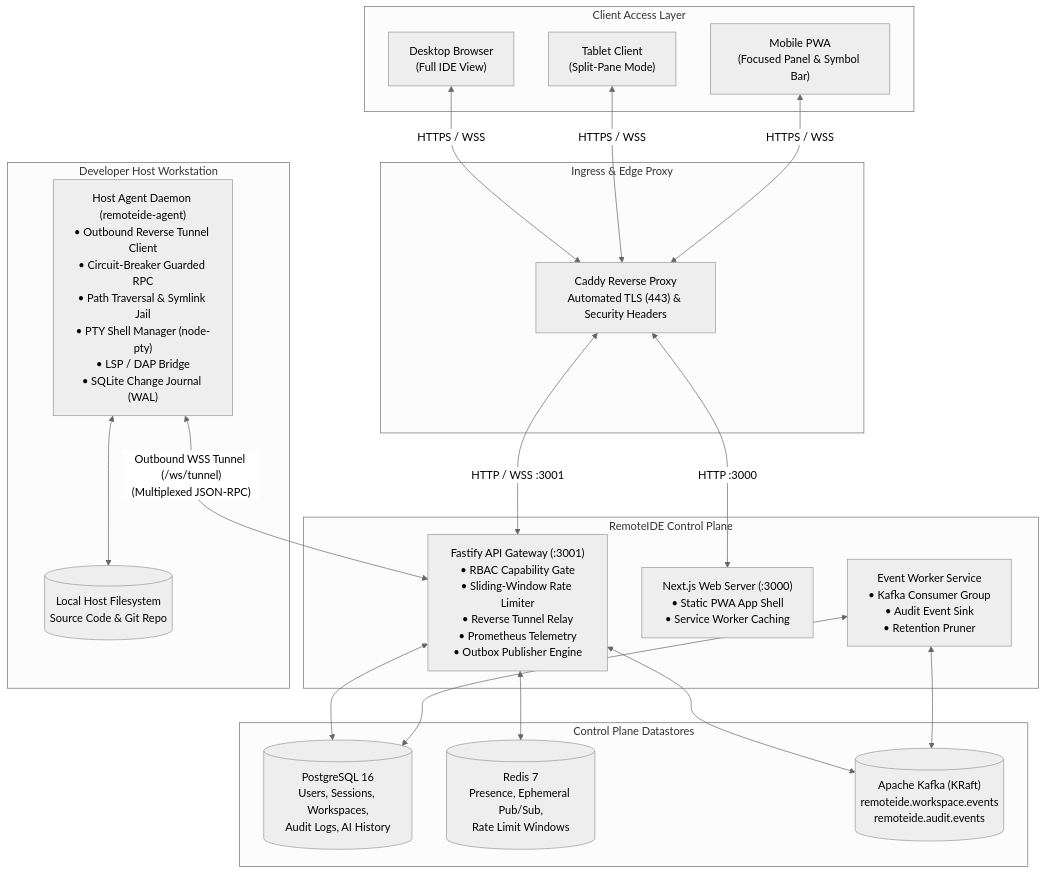
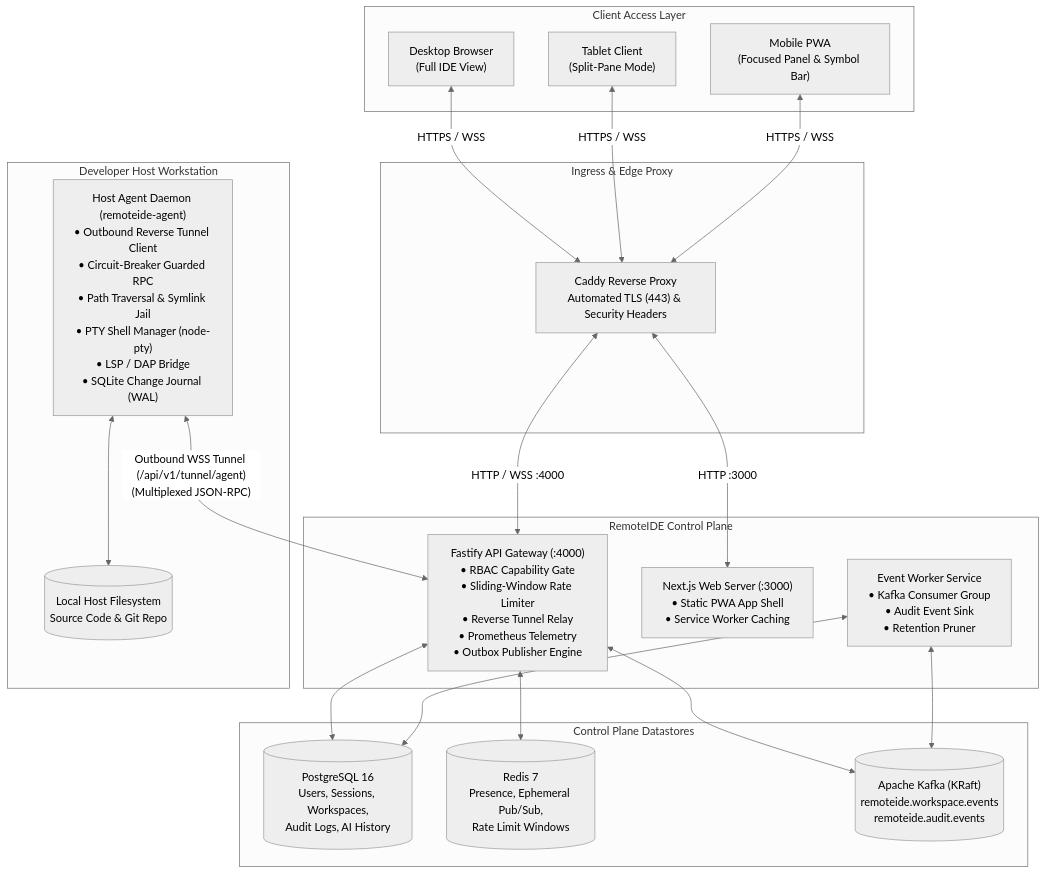
Before and after one commit to whilstsomebody/RemoteIDE: the first of 6 diagrams in README.md, drawn with Mermaid (neutral theme). The commit also changed other lines of this file, not shown here.

````diff
--- a/README.md
+++ b/README.md
@@ -229,37 +231,37 @@
 ```mermaid
 flowchart TB
     subgraph Clients["Client Access Layer"]
         Desk["Desktop Browser\n(Full IDE View)"]
         Tab["Tablet Client\n(Split-Pane Mode)"]
         Phone["Mobile PWA\n(Focused Panel & Symbol Bar)"]
     end
 
     subgraph Edge["Ingress & Edge Proxy"]
         Caddy["Caddy Reverse Proxy\nAutomated TLS (443) & Security Headers"]
     end
 
     subgraph ControlPlane["RemoteIDE Control Plane"]
-        Gateway["Fastify API Gateway (:3001)\n• RBAC Capability Gate\n• Sliding-Window Rate Limiter\n• Reverse Tunnel Relay\n• Prometheus Telemetry\n• Outbox Publisher Engine"]
+        Gateway["Fastify API Gateway (:4000)\n• RBAC Capability Gate\n• Sliding-Window Rate Limiter\n• Reverse Tunnel Relay\n• Prometheus Telemetry\n• Outbox Publisher Engine"]
         Web["Next.js Web Server (:3000)\n• Static PWA App Shell\n• Service Worker Caching"]
         Worker["Event Worker Service\n• Kafka Consumer Group\n• Audit Event Sink\n• Retention Pruner"]
     end
 
     subgraph Datastores["Control Plane Datastores"]
         PG[("PostgreSQL 16\nUsers, Sessions, Workspaces,\nAudit Logs, AI History")]
         RD[("Redis 7\nPresence, Ephemeral Pub/Sub,\nRate Limit Windows")]
         KF[("Apache Kafka (KRaft)\nremoteide.workspace.events\nremoteide.audit.events")]
     end
 
     subgraph HostAgent["Developer Host Workstation"]
         Agent["Host Agent Daemon (remoteide-agent)\n• Outbound Reverse Tunnel Client\n• Circuit-Breaker Guarded RPC\n• Path Traversal & Symlink Jail\n• PTY Shell Manager (node-pty)\n• LSP / DAP Bridge\n• SQLite Change Journal (WAL)"]
         Workspace[("Local Host Filesystem\nSource Code & Git Repo")]
     end
 
     Desk & Tab & Phone <-->|"HTTPS / WSS"| Caddy
     Caddy <-->|"HTTP :3000"| Web
-    Caddy <-->|"HTTP / WSS :3001"| Gateway
+    Caddy <-->|"HTTP / WSS :4000"| Gateway
     Gateway <--> PG & RD & KF
     Worker <--> PG & KF
-    Agent <-->|"Outbound WSS Tunnel (/ws/tunnel)\n(Multiplexed JSON-RPC)"| Gateway
+    Agent <-->|"Outbound WSS Tunnel (/api/v1/tunnel/agent)\n(Multiplexed JSON-RPC)"| Gateway
     Agent <--> Workspace
 ```
````
